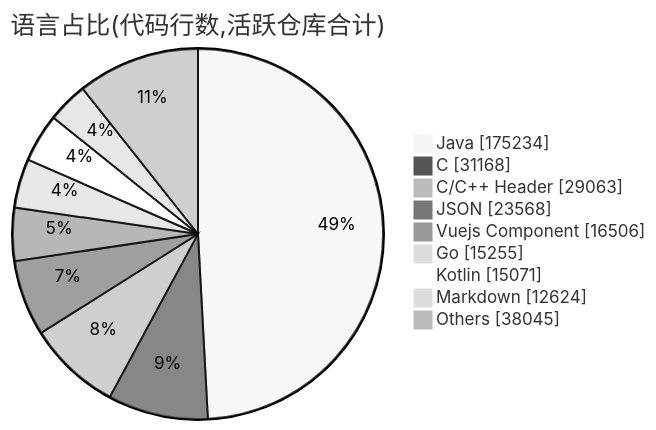
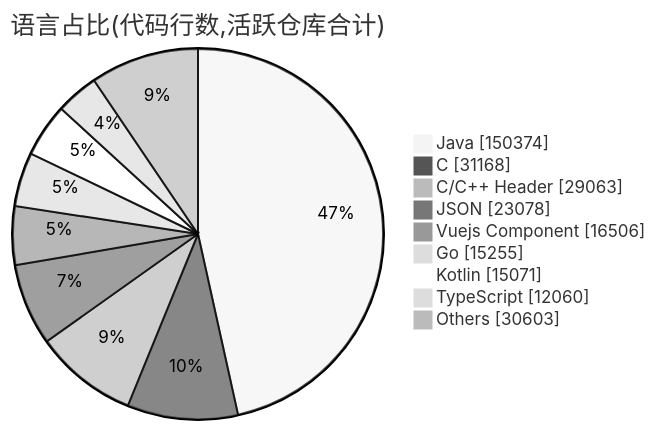
One commit to Conflux-Union/.github changed the second of 2 diagrams in profile/README.md. Above: the diagram before and after it, drawn with Mermaid (neutral theme). The commit also changed other lines of this file and 1 other file, not shown here.

````diff
--- a/profile/README.md
+++ b/profile/README.md
@@ -80,13 +78,13 @@
 ```mermaid
 pie showData
     title 语言占比(代码行数,活跃仓库合计)
-    "Java" : 175234
+    "Java" : 150374
     "C" : 31168
     "C/C++ Header" : 29063
-    "JSON" : 23568
+    "JSON" : 23078
     "Vuejs Component" : 16506
     "Go" : 15255
     "Kotlin" : 15071
-    "Markdown" : 12624
-    "Others" : 38045
+    "TypeScript" : 12060
+    "Others" : 30603
 ```
````
